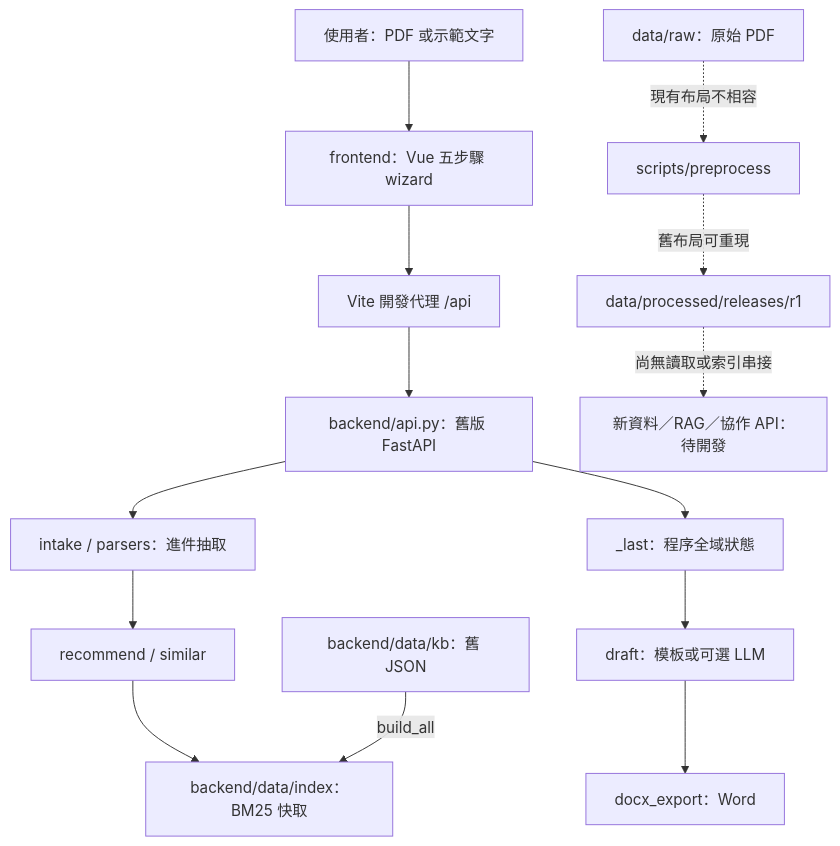
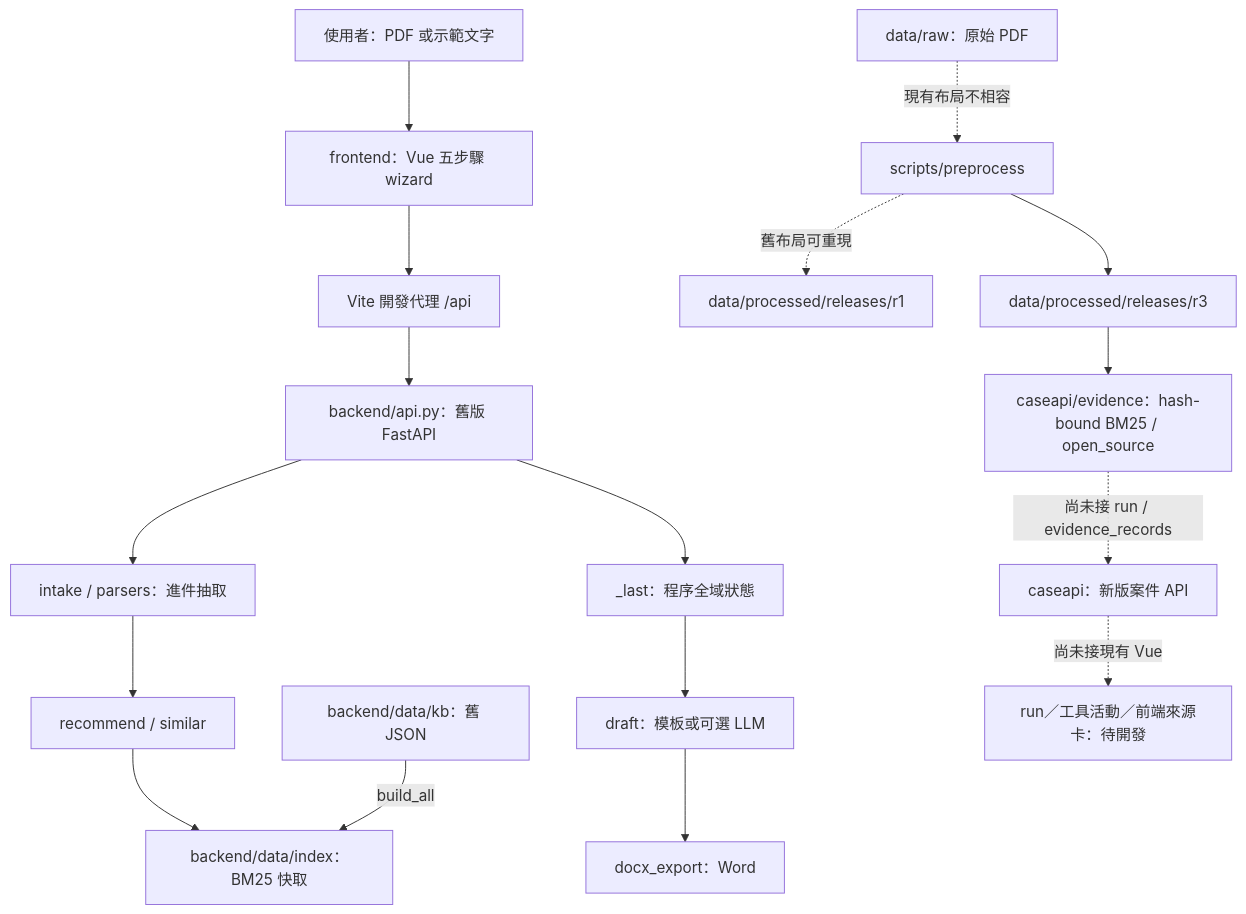
The diagram in sysdoc/README.md (acheeeee/AI_hackathon_20260912), drawn with Mermaid before and after one commit. The commit also changed other lines of this file and 16 other files, not shown here.

````diff
--- a/sysdoc/README.md
+++ b/sysdoc/README.md
@@ -23,16 +25,19 @@
 ```mermaid
 flowchart TD
   U[使用者：PDF 或示範文字] --> V[frontend：Vue 五步驟 wizard]
   V --> P[Vite 開發代理 /api]
   P --> API[backend/api.py：舊版 FastAPI]
   API --> I[intake / parsers：進件抽取]
   I --> R[recommend / similar]
   R --> IDX[backend/data/index：BM25 快取]
   KB[backend/data/kb：舊 JSON] -->|build_all| IDX
   API --> LAST[_last：程序全域狀態]
   LAST --> D[draft：模板或可選 LLM]
   D --> WORD[docx_export：Word]
   RAW[data/raw：原始 PDF] -. 現有布局不相容 .-> PRE[scripts/preprocess]
   PRE -. 舊布局可重現 .-> R1[data/processed/releases/r1]
-  R1 -. 尚無讀取或索引串接 .-> FUTURE[新資料／RAG／協作 API：待開發]
+  PRE --> R3[data/processed/releases/r3]
+  R3 --> ER[caseapi/evidence：hash-bound BM25 / open_source]
+  ER -. 尚未接 run / evidence_records .-> NEWAPI[caseapi：新版案件 API]
+  NEWAPI -. 尚未接現有 Vue .-> FUTURE[run／工具活動／前端來源卡：待開發]
 ```
````
